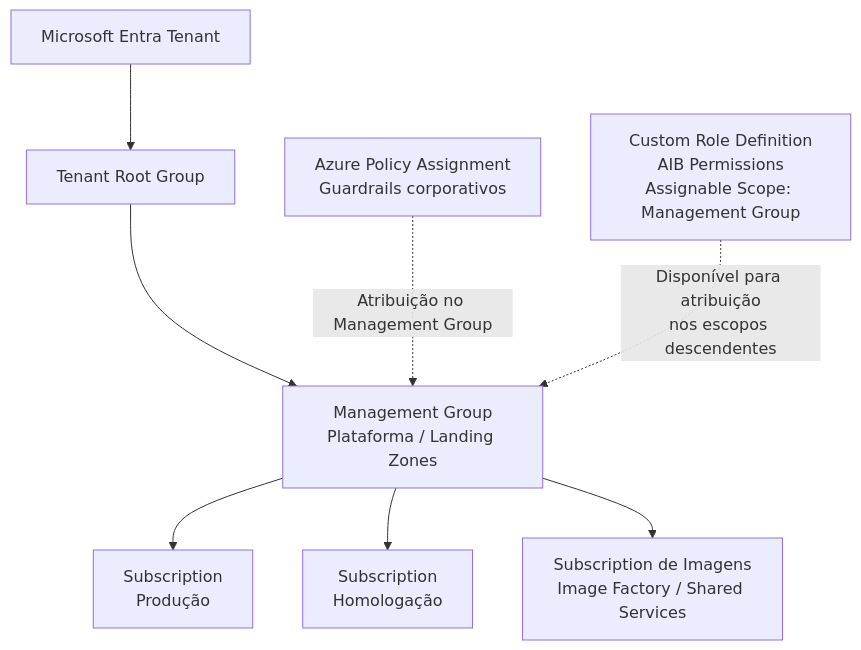
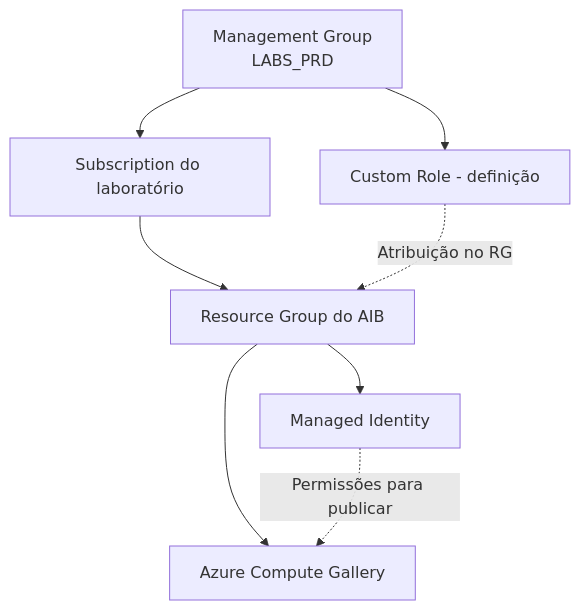
One commit to lfrleite/lfrleite.github.io changed the second of 4 diagrams in _posts/2026/2026-06-07-azure-image-builder-windows-linux.md. Above: the diagram before and after it, drawn with Mermaid. The commit also changed other lines of this file, not shown here.

Commit message:
docs(aib): revisa narrativa e comentários nos passos 1 a 9

````diff
--- a/_posts/2026/2026-06-07-azure-image-builder-windows-linux.md
+++ b/_posts/2026/2026-06-07-azure-image-builder-windows-linux.md
@@ -104,23 +101,10 @@
 ```mermaid
 flowchart TB
-    TENANT["Microsoft Entra Tenant"]
-    ROOT["Tenant Root Group"]
-    MG["Management Group<br/>Plataforma / Landing Zones"]
-
-    POLICY["Azure Policy Assignment<br/>Guardrails corporativos"]
-    ROLEDEF["Custom Role Definition<br/>AIB Permissions<br/>Assignable Scope: Management Group"]
-
-    SUBPRD["Subscription<br/>Produção"]
-    SUBHML["Subscription<br/>Homologação"]
-    SUBIMG["Subscription de Imagens<br/>Image Factory / Shared Services"]
-
-    TENANT --> ROOT
-    ROOT --> MG
-
-    MG --> SUBPRD
-    MG --> SUBHML
-    MG --> SUBIMG
-
-    POLICY -. "Atribuição no Management Group" .-> MG
-    ROLEDEF -. "Disponível para atribuição<br/>nos escopos descendentes" .-> MG
+    MG["Management Group<br/>LABS_PRD"] --> SUB["Subscription do laboratório"]
+    SUB --> RG["Resource Group do AIB"]
+    MG --> ROLE["Custom Role - definição"]
+    ROLE -. "Atribuição no RG" .-> RG
+    RG --> MI["Managed Identity"]
+    RG --> GAL["Azure Compute Gallery"]
+    MI -. "Permissões para publicar" .-> GAL
 ```
````
